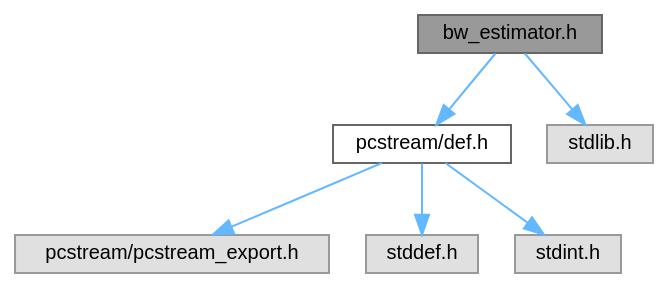
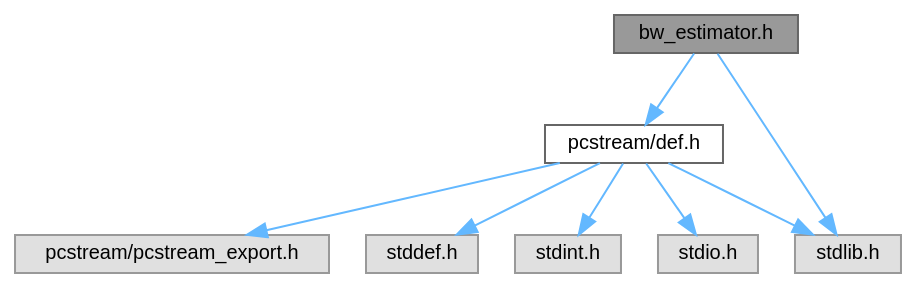
Before and after one commit to QuangNguyenLong/pcstream: the diagram in bw__estimator_8h__incl.dot, drawn with Graphviz. The commit also changed 40 other files, not shown here.

```diff
--- a/bw__estimator_8h__incl.dot
+++ b/bw__estimator_8h__incl.dot
@@ -1,18 +1,21 @@
 digraph "bw_estimator.h"
 {
  // LATEX_PDF_SIZE
   bgcolor="transparent";
   edge [fontname=Helvetica,fontsize=10,labelfontname=Helvetica,labelfontsize=10];
   node [fontname=Helvetica,fontsize=10,shape=box,height=0.2,width=0.4];
   Node1 [id="Node000001",label="bw_estimator.h",height=0.2,width=0.4,color="gray40", fillcolor="grey60", style="filled", fontcolor="black",tooltip=" "];
   Node1 -> Node2 [id="edge1_Node000001_Node000002",color="steelblue1",style="solid",tooltip=" "];
   Node2 [id="Node000002",label="pcstream/def.h",height=0.2,width=0.4,color="grey40", fillcolor="white", style="filled",URL="$def_8h.html",tooltip=" "];
   Node2 -> Node3 [id="edge2_Node000002_Node000003",color="steelblue1",style="solid",tooltip=" "];
   Node3 [id="Node000003",label="pcstream/pcstream_export.h",height=0.2,width=0.4,color="grey60", fillcolor="#E0E0E0", style="filled",tooltip=" "];
   Node2 -> Node4 [id="edge3_Node000002_Node000004",color="steelblue1",style="solid",tooltip=" "];
   Node4 [id="Node000004",label="stddef.h",height=0.2,width=0.4,color="grey60", fillcolor="#E0E0E0", style="filled",tooltip=" "];
   Node2 -> Node5 [id="edge4_Node000002_Node000005",color="steelblue1",style="solid",tooltip=" "];
   Node5 [id="Node000005",label="stdint.h",height=0.2,width=0.4,color="grey60", fillcolor="#E0E0E0", style="filled",tooltip=" "];
-  Node1 -> Node6 [id="edge5_Node000001_Node000006",color="steelblue1",style="solid",tooltip=" "];
-  Node6 [id="Node000006",label="stdlib.h",height=0.2,width=0.4,color="grey60", fillcolor="#E0E0E0", style="filled",tooltip=" "];
+  Node2 -> Node6 [id="edge5_Node000002_Node000006",color="steelblue1",style="solid",tooltip=" "];
+  Node6 [id="Node000006",label="stdio.h",height=0.2,width=0.4,color="grey60", fillcolor="#E0E0E0", style="filled",tooltip=" "];
+  Node2 -> Node7 [id="edge6_Node000002_Node000007",color="steelblue1",style="solid",tooltip=" "];
+  Node7 [id="Node000007",label="stdlib.h",height=0.2,width=0.4,color="grey60", fillcolor="#E0E0E0", style="filled",tooltip=" "];
+  Node1 -> Node7 [id="edge7_Node000001_Node000007",color="steelblue1",style="solid",tooltip=" "];
 }
```
